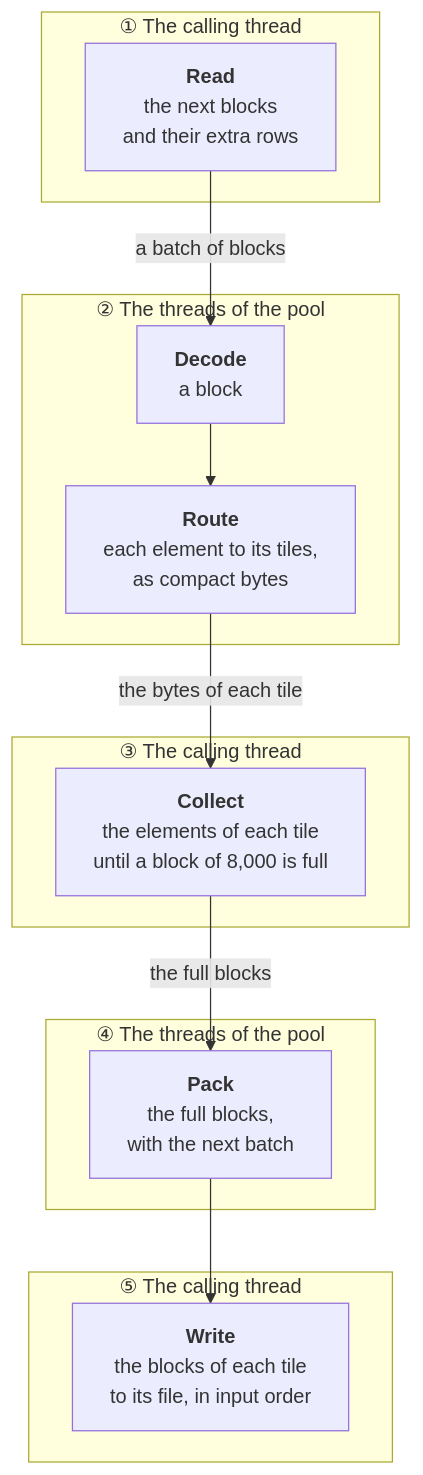
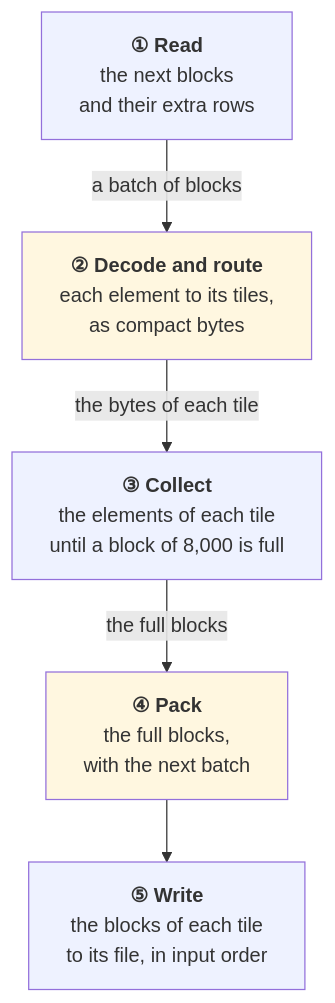
The second of 2 diagrams in docs/explanation/rules.md (Khoshkhah/pbfcut), drawn with Mermaid before and after one commit. The commit also changed other lines of this file, not shown here.

Commit message:
Rules: the diagram of the threads with no groups, so no arrow crosses a title; the colors give the thread

````diff
--- a/docs/explanation/rules.md
+++ b/docs/explanation/rules.md
@@ -79,29 +79,16 @@
 ```mermaid
 flowchart TB
-    subgraph T1["① The calling thread"]
-        R["<b>Read</b><br/>the next blocks<br/>and their extra rows"]
-    end
-
-    subgraph P1["② The threads of the pool"]
-        D["<b>Decode</b><br/>a block"]
-        G["<b>Route</b><br/>each element to its tiles,<br/>as compact bytes"]
-        D --> G
-    end
-
-    subgraph T2["③ The calling thread"]
-        C["<b>Collect</b><br/>the elements of each tile<br/>until a block of 8,000 is full"]
-    end
-
-    subgraph P2["④ The threads of the pool"]
-        K["<b>Pack</b><br/>the full blocks,<br/>with the next batch"]
-    end
-
-    subgraph T3["⑤ The calling thread"]
-        WR["<b>Write</b><br/>the blocks of each tile<br/>to its file, in input order"]
-    end
-
+    R["<b>① Read</b><br/>the next blocks<br/>and their extra rows"]
+    D["<b>② Decode and route</b><br/>each element to its tiles,<br/>as compact bytes"]
+    C["<b>③ Collect</b><br/>the elements of each tile<br/>until a block of 8,000 is full"]
+    K["<b>④ Pack</b><br/>the full blocks,<br/>with the next batch"]
+    W["<b>⑤ Write</b><br/>the blocks of each tile<br/>to its file, in input order"]
     R -- "a batch of blocks" --> D
-    G -- "the bytes of each tile" --> C
+    D -- "the bytes of each tile" --> C
     C -- "the full blocks" --> K
-    K --> WR
+    K --> W
+    classDef caller fill:#eef2ff
+    classDef pool fill:#fff7e0
+    class R,C,W caller
+    class D,K pool
 ```
````
